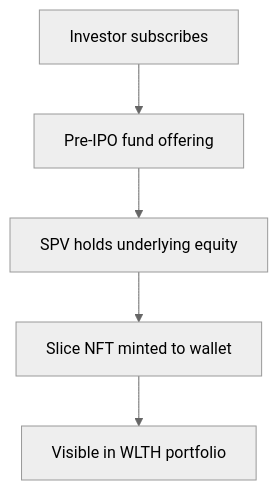
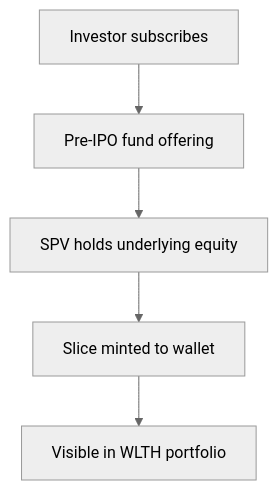
Before and after one commit to CommonWealthDAO/mintlify-docs: the diagram in investment/guides/how-wlth-slices-work.mdx, drawn with Mermaid (neutral theme). The commit also changed other lines of this file and 19 other files, not shown here.

````diff
--- a/investment/guides/how-wlth-slices-work.mdx
+++ b/investment/guides/how-wlth-slices-work.mdx
@@ -23,7 +23,7 @@
 ```mermaid
 flowchart TD
   Subscribe[Investor subscribes] --> Fund[Pre-IPO fund offering]
   Fund --> SPV[SPV holds underlying equity]
-  SPV --> Mint[Slice NFT minted to wallet]
+  SPV --> Mint[Slice minted to wallet]
   Mint --> Portfolio[Visible in WLTH portfolio]
 ```
````
